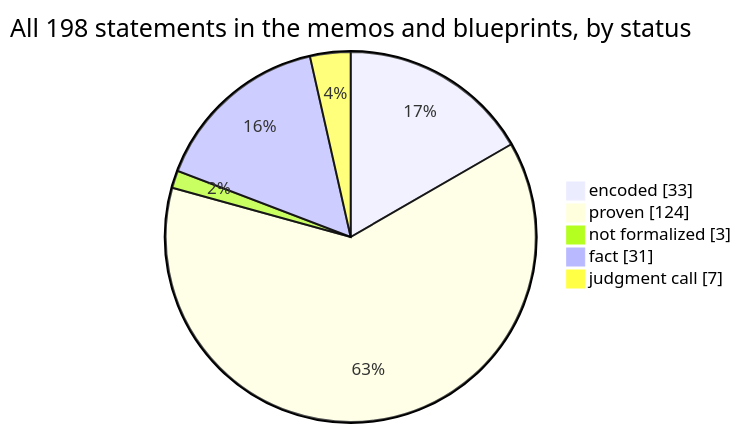
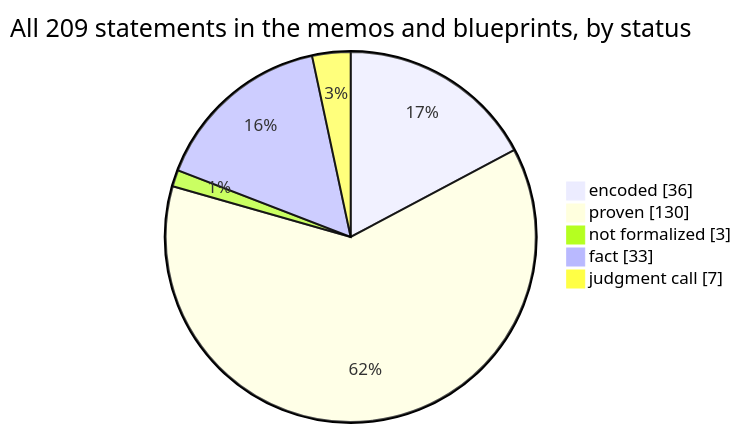
The first of 4 diagrams in docs/graphs/dashboard.md (SeanWMurray/Canteen), drawn with Mermaid before and after one commit. The commit also changed other lines of this file and 10 other files, not shown here.

````diff
--- a/docs/graphs/dashboard.md
+++ b/docs/graphs/dashboard.md
@@ -11,8 +11,8 @@
 ```mermaid
-pie showData title All 198 statements in the memos and blueprints, by status
-    "encoded" : 33
-    "proven" : 124
+pie showData title All 209 statements in the memos and blueprints, by status
+    "encoded" : 36
+    "proven" : 130
     "not formalized" : 3
-    "fact" : 31
+    "fact" : 33
     "judgment call" : 7
 ```
````
